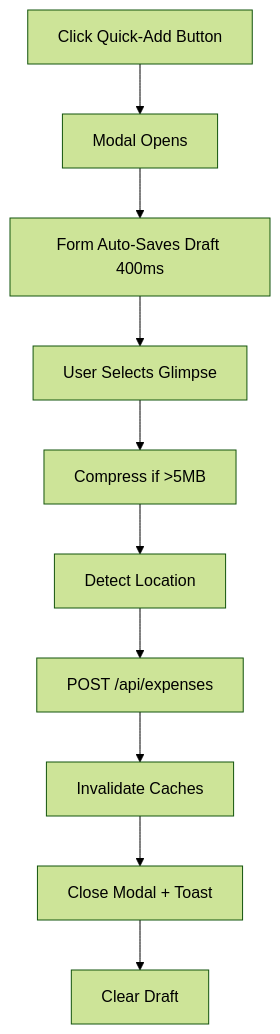
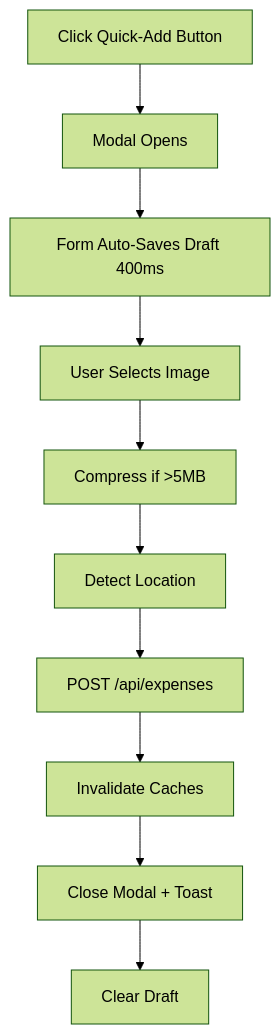
Before and after one commit to bharatbhusal/track-my-biryani: the second of 4 diagrams in docs/UX.md, drawn with Mermaid (forest theme). The commit also changed other lines of this file and 55 other files, not shown here.

````diff
--- a/docs/UX.md
+++ b/docs/UX.md
@@ -73,12 +80,12 @@
 ```mermaid
 flowchart TD
   A[Click Quick-Add Button] --> B[Modal Opens]
   B --> C[Form Auto-Saves Draft 400ms]
-  C --> D[User Selects Glimpse]
+  C --> D[User Selects Image]
   D --> E[Compress if >5MB]
   E --> F[Detect Location]
   F --> G[POST /api/expenses]
   G --> H[Invalidate Caches]
   H --> I[Close Modal + Toast]
   I --> J[Clear Draft]
 ```
````
